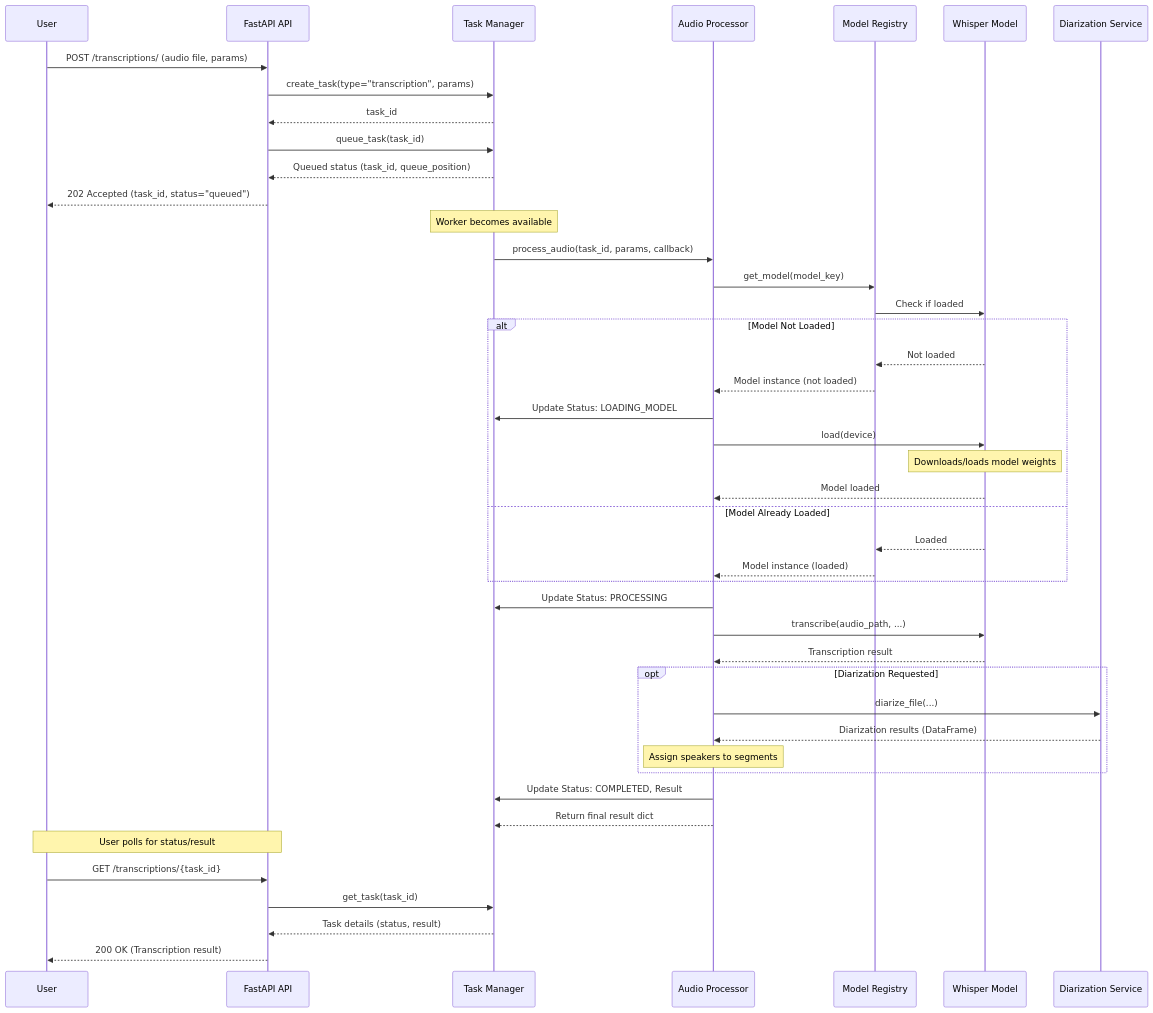
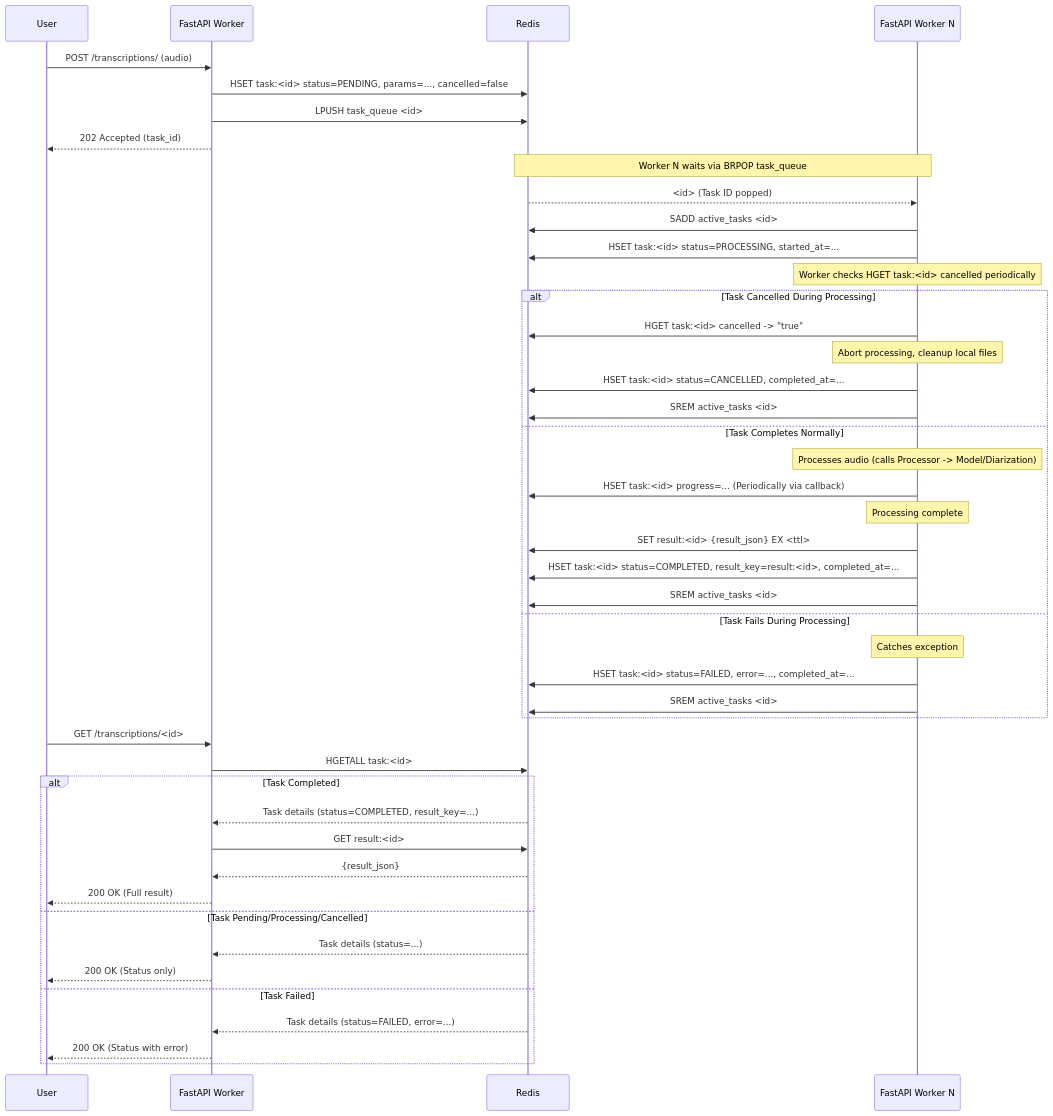
Before and after one commit to CCimen/whisper-api: the diagram in architecture.md, drawn with Mermaid. The commit also changed other lines of this file and 18 other files, not shown here.

First line of the commit message:
feat: Integrate Redis for task management and state tracking

````diff
--- a/architecture.md
+++ b/architecture.md
@@ -74,53 +41,50 @@
 ```mermaid
 sequenceDiagram
     participant User
-    participant API as FastAPI API
-    participant TaskMgr as Task Manager
-    participant Processor as Audio Processor
-    participant ModelReg as Model Registry
-    participant WhisperMod as Whisper Model
-    participant DiarizationSvc as Diarization Service
+    participant API as FastAPI Worker
+    participant Redis
+    participant WorkerN as FastAPI Worker N
 
-    User->>API: POST /transcriptions/ (audio file, params)
-    API->>TaskMgr: create_task(type="transcription", params)
-    TaskMgr-->>API: task_id
-    API->>TaskMgr: queue_task(task_id)
-    TaskMgr-->>API: Queued status (task_id, queue_position)
-    API-->>User: 202 Accepted (task_id, status="queued")
+    User->>API: POST /transcriptions/ (audio)
+    API->>Redis: HSET task:<id> status=PENDING, params=..., cancelled=false
+    API->>Redis: LPUSH task_queue <id>
+    API-->>User: 202 Accepted (task_id)
 
-    Note over TaskMgr: Worker becomes available
-    TaskMgr->>Processor: process_audio(task_id, params, callback)
-    Processor->>ModelReg: get_model(model_key)
-    ModelReg->>WhisperMod: Check if loaded
-    
-    alt Model Not Loaded
-        WhisperMod-->>ModelReg: Not loaded
-        ModelReg-->>Processor: Model instance (not loaded)
-        Processor->>TaskMgr: Update Status: LOADING_MODEL
-        Processor->>WhisperMod: load(device)
-        Note over WhisperMod: Downloads/loads model weights
-        WhisperMod-->>Processor: Model loaded
-    else Model Already Loaded
-        WhisperMod-->>ModelReg: Loaded
-        ModelReg-->>Processor: Model instance (loaded)
+    Note over WorkerN, Redis: Worker N waits via BRPOP task_queue
+    Redis-->>WorkerN: <id> (Task ID popped)
+    WorkerN->>Redis: SADD active_tasks <id>
+    WorkerN->>Redis: HSET task:<id> status=PROCESSING, started_at=...
+    Note over WorkerN: Worker checks HGET task:<id> cancelled periodically
+    alt Task Cancelled During Processing
+        WorkerN->>Redis: HGET task:<id> cancelled -> "true"
+        Note over WorkerN: Abort processing, cleanup local files
+        WorkerN->>Redis: HSET task:<id> status=CANCELLED, completed_at=...
+        WorkerN->>Redis: SREM active_tasks <id>
+    else Task Completes Normally
+        Note over WorkerN: Processes audio (calls Processor -> Model/Diarization)
+        WorkerN->>Redis: HSET task:<id> progress=... (Periodically via callback)
+        Note over WorkerN: Processing complete
+        WorkerN->>Redis: SET result:<id> {result_json} EX <ttl>
+        WorkerN->>Redis: HSET task:<id> status=COMPLETED, result_key=result:<id>, completed_at=...
+        WorkerN->>Redis: SREM active_tasks <id>
+    else Task Fails During Processing
+        Note over WorkerN: Catches exception
+        WorkerN->>Redis: HSET task:<id> status=FAILED, error=..., completed_at=...
+        WorkerN->>Redis: SREM active_tasks <id>
     end
-    
-    Processor->>TaskMgr: Update Status: PROCESSING
-    Processor->>WhisperMod: transcribe(audio_path, ...)
-    WhisperMod-->>Processor: Transcription result
-    
-    opt Diarization Requested
-        Processor->>DiarizationSvc: diarize_file(...)
-        DiarizationSvc-->>Processor: Diarization results (DataFrame)
-        Note over Processor: Assign speakers to segments
+
+    User->>API: GET /transcriptions/<id>
+    API->>Redis: HGETALL task:<id>
+    alt Task Completed
+        Redis-->>API: Task details (status=COMPLETED, result_key=...)
+        API->>Redis: GET result:<id>
+        Redis-->>API: {result_json}
+        API-->>User: 200 OK (Full result)
+    else Task Pending/Processing/Cancelled
+        Redis-->>API: Task details (status=...)
+        API-->>User: 200 OK (Status only)
+    else Task Failed
+         Redis-->>API: Task details (status=FAILED, error=...)
+         API-->>User: 200 OK (Status with error)
     end
-    
-    Processor->>TaskMgr: Update Status: COMPLETED, Result
-    Processor-->>TaskMgr: Return final result dict
-
-    Note over User, API: User polls for status/result
-    User->>API: GET /transcriptions/{task_id}
-    API->>TaskMgr: get_task(task_id)
-    TaskMgr-->>API: Task details (status, result)
-    API-->>User: 200 OK (Transcription result)
 ```
````
